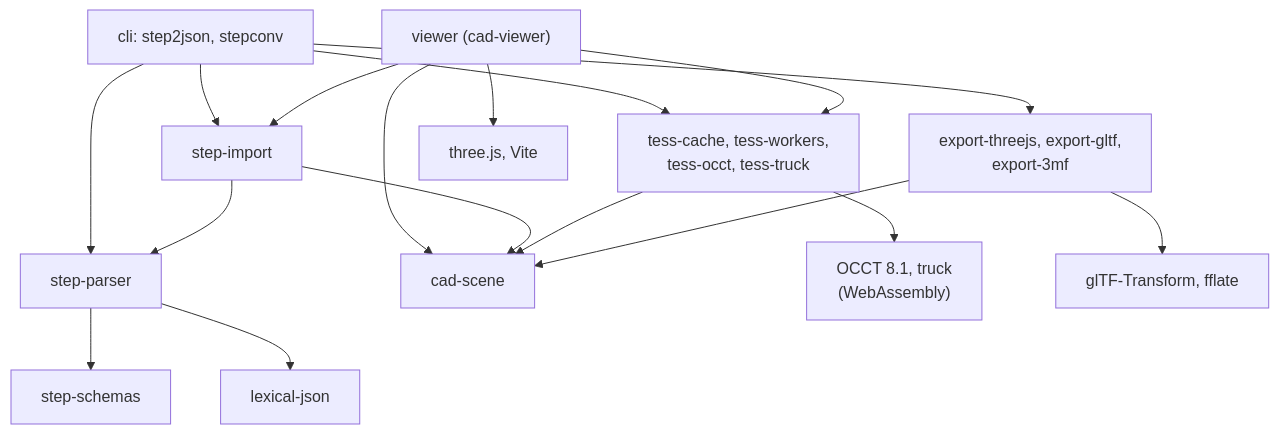
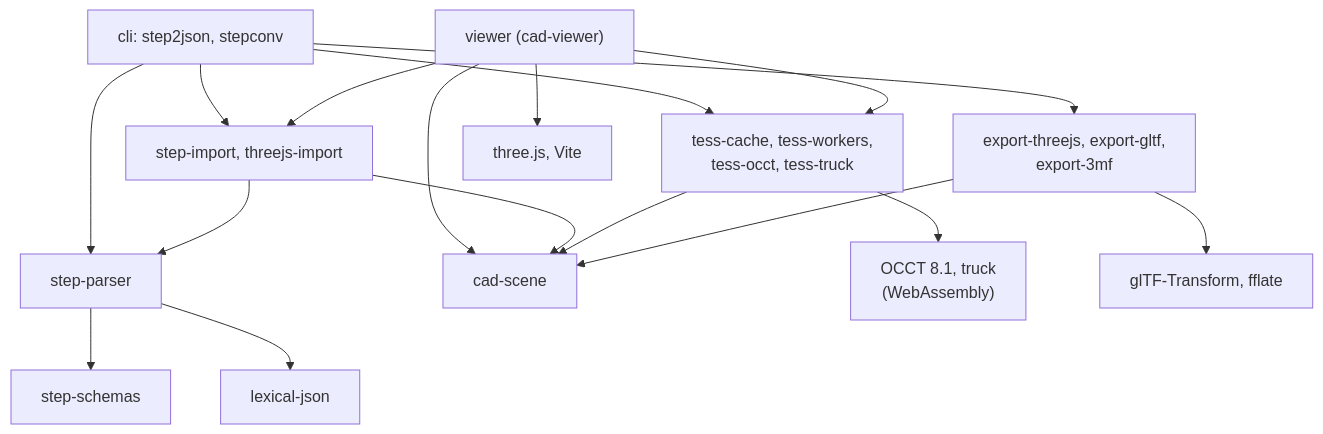
One commit to martyvona/cad-io-js changed the first of 5 diagrams in README.md. Above: the diagram before and after it, drawn with Mermaid. The commit also changed other lines of this file and 15 other files, not shown here.

First line of the commit message:
threejs-import: three.js JSON to the scene model; sceneFromTree, viewDifferences, overrides for one part

````diff
--- a/README.md
+++ b/README.md
@@ -415,22 +415,22 @@
 ```mermaid
 flowchart TD
   cli["cli: step2json, stepconv"]
-  imp["step-import"]
+  imp["step-import, threejs-import"]
   parser["step-parser"]
   schemas["step-schemas"]
   ljson["lexical-json"]
   tess["tess-cache, tess-workers,<br/>tess-occt, tess-truck"]
   exp["export-threejs, export-gltf,<br/>export-3mf"]
   scene["cad-scene"]
   viewer["viewer (cad-viewer)"]
   cli --> imp & tess & exp
   viewer --> imp & tess & scene
   viewer --> three["three.js, Vite"]
   cli --> parser
   imp --> parser & scene
   parser --> schemas & ljson
   tess --> scene
   exp --> scene
   tess --> wasm["OCCT 8.1, truck<br/>(WebAssembly)"]
   exp --> libs["glTF-Transform, fflate"]
 ```
````
